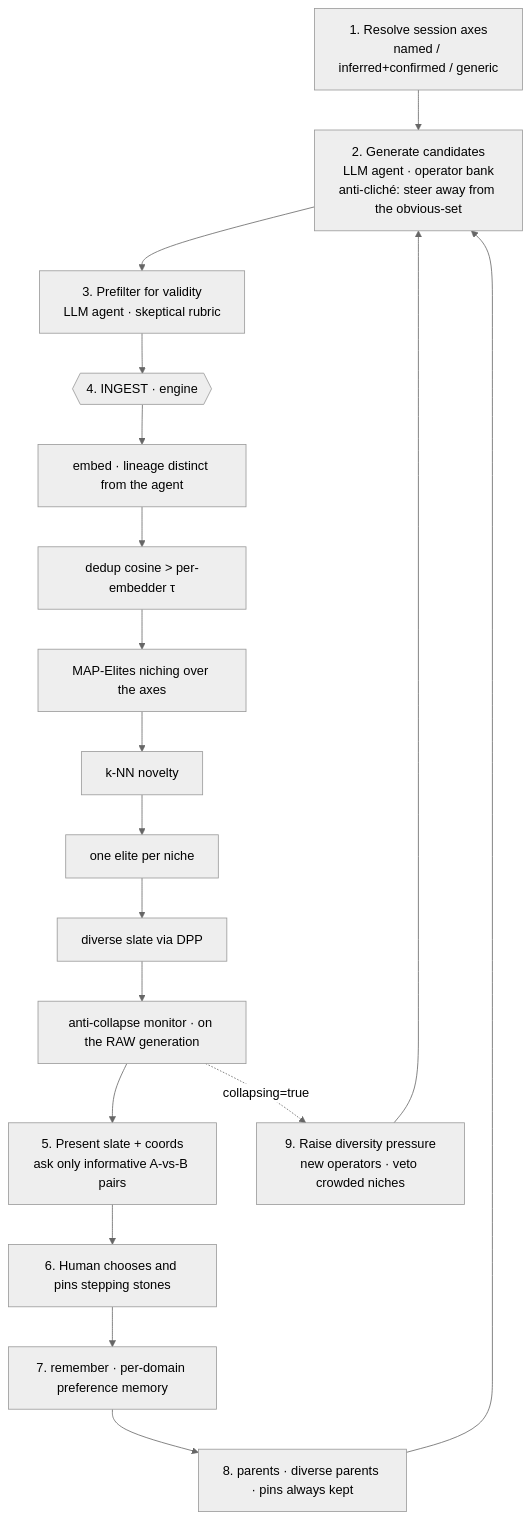
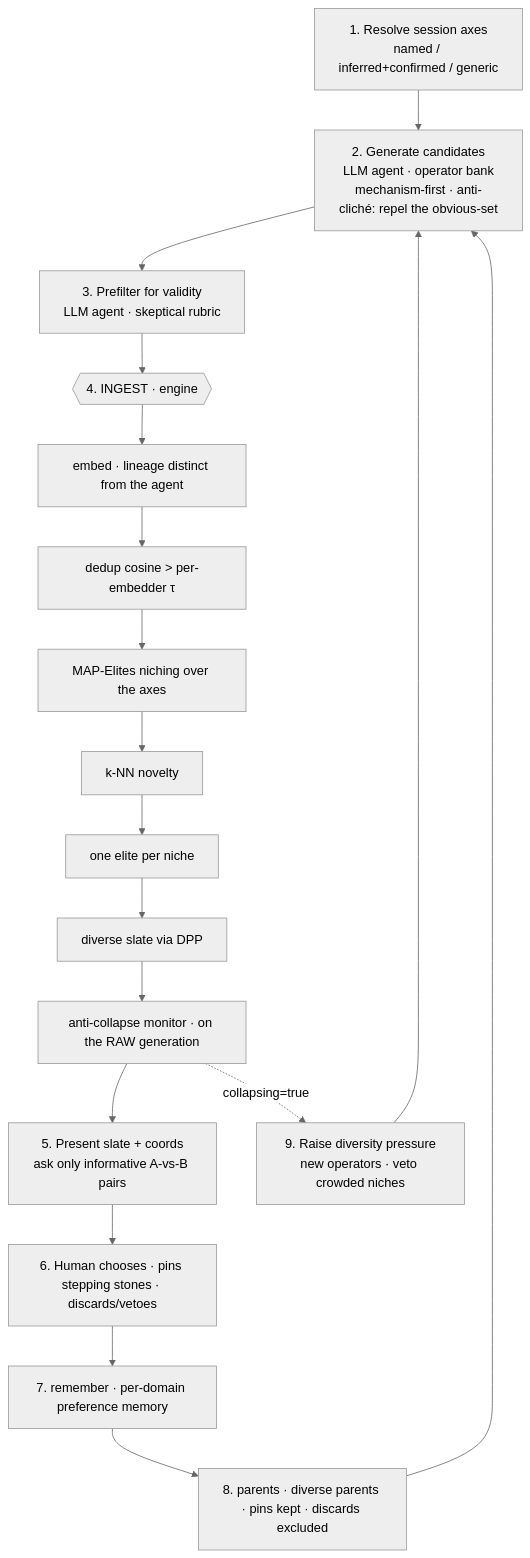
Before and after one commit to sergiparpal/creativity-amplifier: the diagram in docs/PAPER.md, drawn with Mermaid (neutral theme). The commit also changed other lines of this file, not shown here.

Commit message:
docs(paper): document mechanism-first generation, mechanism-space novelty, gap probe, discards

````diff
--- a/docs/PAPER.md
+++ b/docs/PAPER.md
@@ -60,20 +60,20 @@
 ```mermaid
 flowchart TD
-    A[1. Resolve session axes<br/>named / inferred+confirmed / generic] --> B[2. Generate candidates<br/>LLM agent · operator bank<br/>anti-cliché: steer away from the obvious-set]
+    A[1. Resolve session axes<br/>named / inferred+confirmed / generic] --> B[2. Generate candidates<br/>LLM agent · operator bank<br/>mechanism-first · anti-cliché: repel the obvious-set]
     B --> C[3. Prefilter for validity<br/>LLM agent · skeptical rubric]
     C --> D{{4. INGEST · engine}}
     D --> D1[embed · lineage distinct from the agent]
     D1 --> D2[dedup cosine &gt; per-embedder τ]
     D2 --> D3[MAP-Elites niching over the axes]
     D3 --> D4[k-NN novelty]
     D4 --> D5[one elite per niche]
     D5 --> D6[diverse slate via DPP]
     D6 --> D7[anti-collapse monitor · on the RAW generation]
     D7 --> E[5. Present slate + coords<br/>ask only informative A-vs-B pairs]
-    E --> F[6. Human chooses and pins stepping stones]
+    E --> F[6. Human chooses · pins stepping stones · discards/vetoes]
     F --> G[7. remember · per-domain preference memory]
-    G --> H[8. parents · diverse parents · pins always kept]
+    G --> H[8. parents · diverse parents · pins kept · discards excluded]
     H --> B
     D7 -. collapsing=true .-> I[9. Raise diversity pressure<br/>new operators · veto crowded niches]
     I --> B
 ```
````
